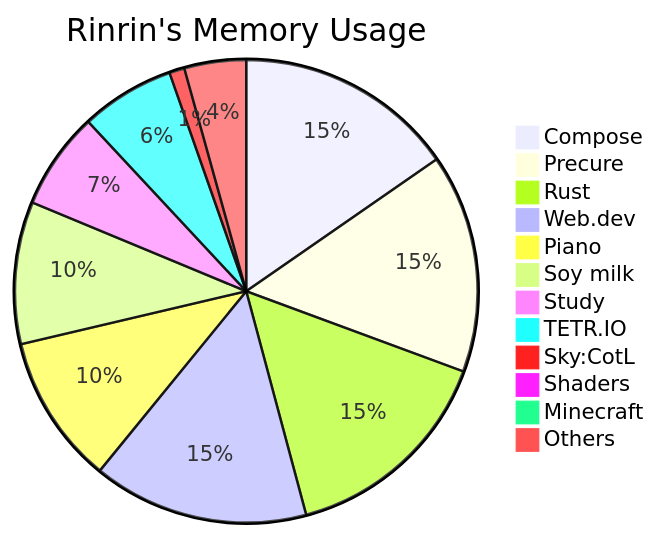
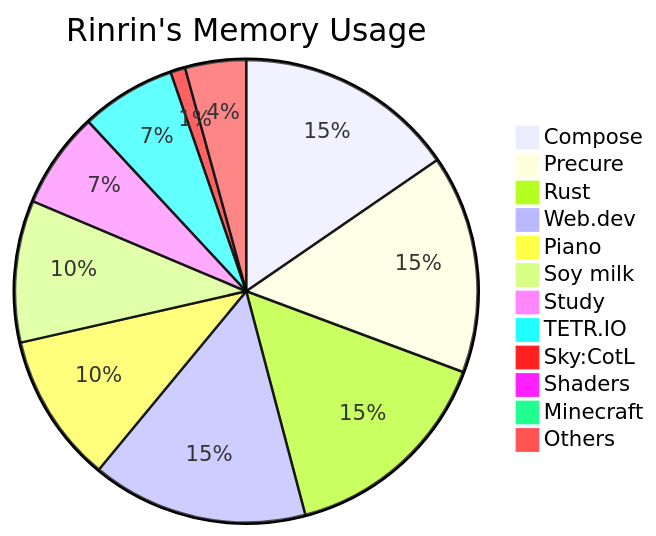
Before and after one commit to Rinrin0413/Rinrin0413: the diagram in README.md, drawn with Mermaid.

Commit message:
🛠 Update: Rinrin's Memory Usage

````diff
--- a/README.md
+++ b/README.md
@@ -77,15 +77,15 @@
 ```mermaid
 pie title Rinrin's Memory Usage
-    "Compose": 580
+    "Compose": 583
     "Precure": 577
-    "Rust": 574
-    "Web.dev": 569
-    "Piano": 394
+    "Rust": 575
+    "Web.dev": 571
+    "Piano": 395
     "Soy milk": 375
-    "Study": 257
-    "TETR.IO": 248
-    "Sky:CotL": 40
+    "Study": 254
+    "TETR.IO": 251
+    "Sky:CotL": 39
     "Shaders": 30
     "Minecraft": 30
-    "Others": 163
+    "Others": 161
 ```
````
